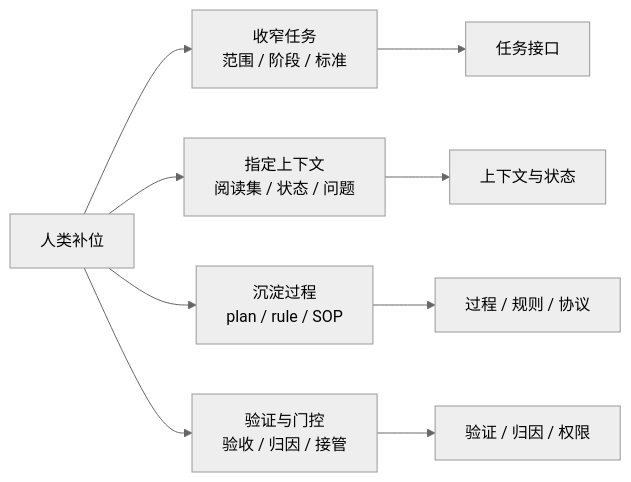
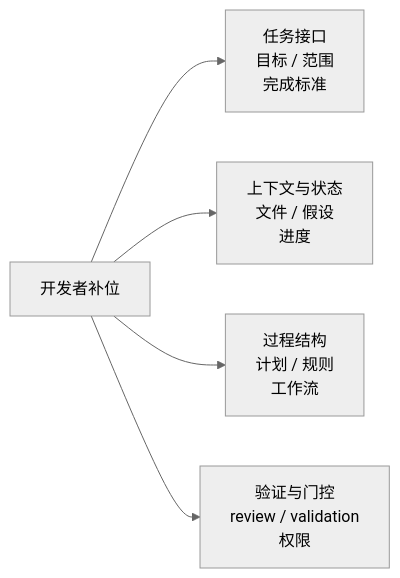
Before and after one commit to wenyuexin/ai-praxis: the first of 2 diagrams in agentic/04-human-agent-interaction/human-in-the-loop/vibe-coding-human-harness.md, drawn with Mermaid (neutral theme). The commit also changed other lines of this file and 8 other files, not shown here.

````diff
--- a/agentic/04-human-agent-interaction/human-in-the-loop/vibe-coding-human-harness.md
+++ b/agentic/04-human-agent-interaction/human-in-the-loop/vibe-coding-human-harness.md
@@ -26,12 +64,7 @@
 ```mermaid
 flowchart LR
-    A[人类补位] --> B1[收窄任务<br/>范围 / 阶段 / 标准]
-    A --> B2[指定上下文<br/>阅读集 / 状态 / 问题]
-    A --> B3[沉淀过程<br/>plan / rule / SOP]
-    A --> B4[验证与门控<br/>验收 / 归因 / 接管]
-
-    B1 --> C1[任务接口]
-    B2 --> C2[上下文与状态]
-    B3 --> C3[过程 / 规则 / 协议]
-    B4 --> C4[验证 / 归因 / 权限]
+    Human["开发者补位"] --> Task["任务接口<br/>目标 / 范围<br/>完成标准"]
+    Human --> Context["上下文与状态<br/>文件 / 假设<br/>进度"]
+    Human --> Process["过程结构<br/>计划 / 规则<br/>工作流"]
+    Human --> Check["验证与门控<br/>review / validation<br/>权限"]
 ```
````
